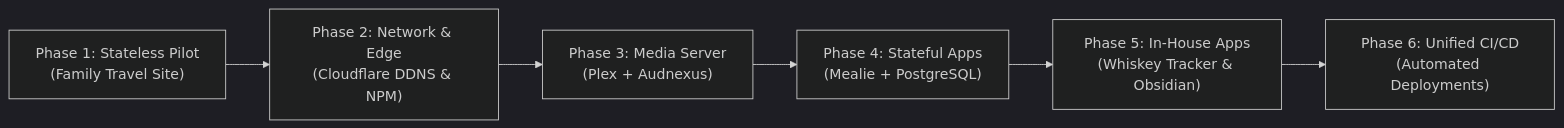
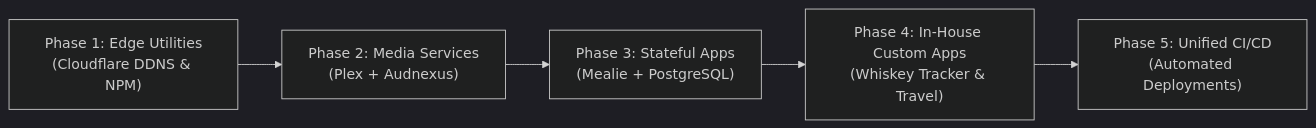
The second of 2 diagrams in README.md (ferrinHouse/homelab-ops), drawn with Mermaid (dark theme) before and after one commit. The commit also changed other lines of this file, not shown here.

Commit message:
docs: reflect in-development dynamic status of travel site

````diff
--- a/README.md
+++ b/README.md
@@ -263,8 +263,7 @@
 ```mermaid
 graph LR
-    P1["Phase 1: Stateless Pilot<br/>(Family Travel Site)"] --> P2["Phase 2: Network & Edge<br/>(Cloudflare DDNS & NPM)"]
-    P2 --> P3["Phase 3: Media Server<br/>(Plex + Audnexus)"]
-    P3 --> P4["Phase 4: Stateful Apps<br/>(Mealie + PostgreSQL)"]
-    P4 --> P5["Phase 5: In-House Apps<br/>(Whiskey Tracker & Obsidian)"]
-    P5 --> P6["Phase 6: Unified CI/CD<br/>(Automated Deployments)"]
+    P1["Phase 1: Edge Utilities<br/>(Cloudflare DDNS & NPM)"] --> P2["Phase 2: Media Services<br/>(Plex + Audnexus)"]
+    P2 --> P3["Phase 3: Stateful Apps<br/>(Mealie + PostgreSQL)"]
+    P3 --> P4["Phase 4: In-House Custom Apps<br/>(Whiskey Tracker & Travel)"]
+    P4 --> P5["Phase 5: Unified CI/CD<br/>(Automated Deployments)"]
 ```
````
